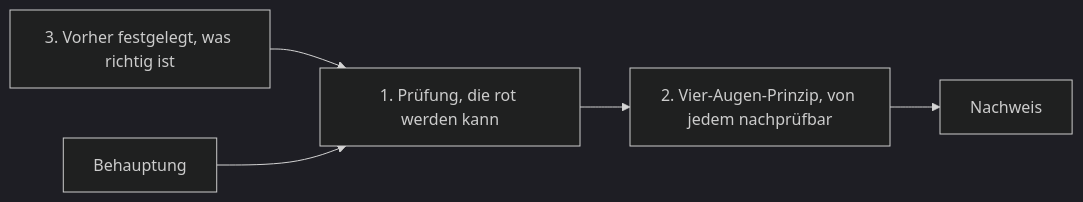
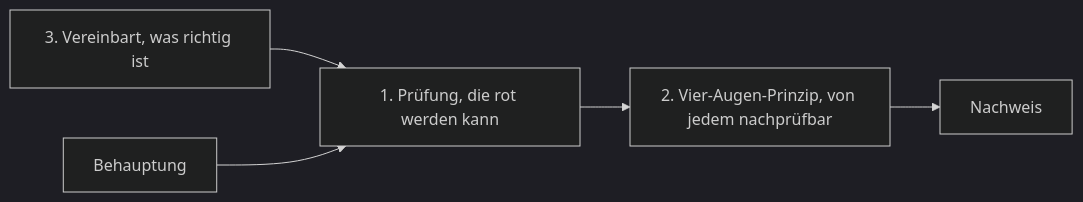
The second of 2 diagrams in content/blog/2026-11-20-code-got-cheap-trust-didnt.md (pulseengine/pulseengine.eu), drawn with Mermaid (dark theme) before and after one commit. The commit also changed other lines of this file, not shown here.

```diff
--- a/content/blog/2026-11-20-code-got-cheap-trust-didnt.md
+++ b/content/blog/2026-11-20-code-got-cheap-trust-didnt.md
@@ -87,7 +87,7 @@
 <pre class="mermaid">
 flowchart LR
-    D["3. Vorher festgelegt, was richtig ist"] --> B
+    D["3. Vereinbart, was richtig ist"] --> B
     A["Behauptung"] --> B["1. Prüfung, die rot werden kann"]
     B --> C["2. Vier-Augen-Prinzip, von jedem nachprüfbar"]
     C --> E["Nachweis"]
 </pre>
```
